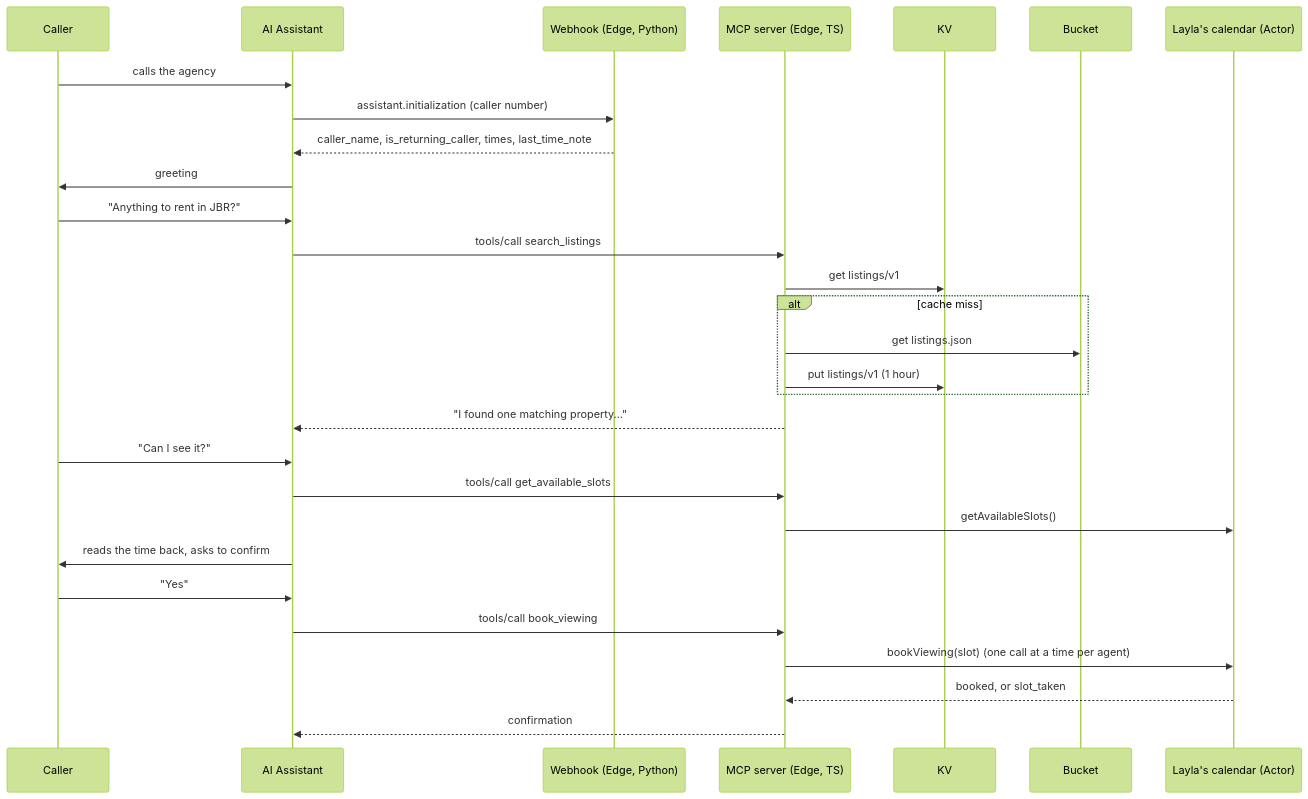
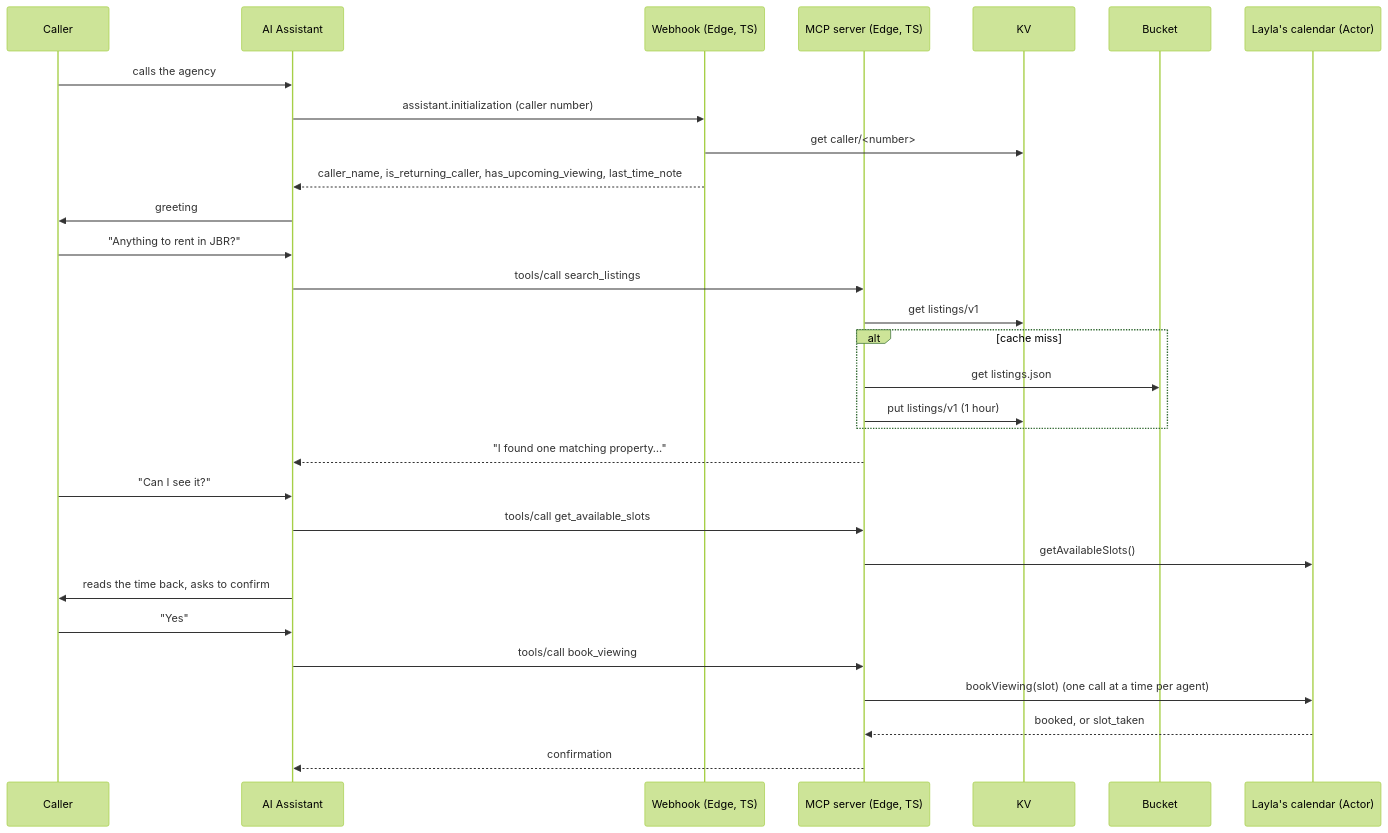
The second of 4 diagrams in README.md (assoumaaa/telnyx-real-estate), drawn with Mermaid (forest theme) before and after one commit. The commit also changed other lines of this file, not shown here.

First line of the commit message:
Document the listings assistant, caller memory, error handling and a command cheat sheet

````diff
--- a/README.md
+++ b/README.md
@@ -62,32 +69,33 @@
 ```mermaid
 sequenceDiagram
     participant C as Caller
     participant A as AI Assistant
-    participant W as Webhook (Edge, Python)
+    participant W as Webhook (Edge, TS)
     participant M as MCP server (Edge, TS)
     participant K as KV
     participant B as Bucket
     participant L as Layla's calendar (Actor)
 
     C->>A: calls the agency
     A->>W: assistant.initialization (caller number)
-    W-->>A: caller_name, is_returning_caller, times, last_time_note
+    W->>K: get caller/<number>
+    W-->>A: caller_name, is_returning_caller, has_upcoming_viewing, last_time_note
     A->>C: greeting
     C->>A: "Anything to rent in JBR?"
     A->>M: tools/call search_listings
     M->>K: get listings/v1
     alt cache miss
         M->>B: get listings.json
         M->>K: put listings/v1 (1 hour)
     end
     M-->>A: "I found one matching property…"
     C->>A: "Can I see it?"
     A->>M: tools/call get_available_slots
     M->>L: getAvailableSlots()
     A->>C: reads the time back, asks to confirm
     C->>A: "Yes"
     A->>M: tools/call book_viewing
     M->>L: bookViewing(slot) (one call at a time per agent)
     L-->>M: booked, or slot_taken
     M-->>A: confirmation
 ```
````
